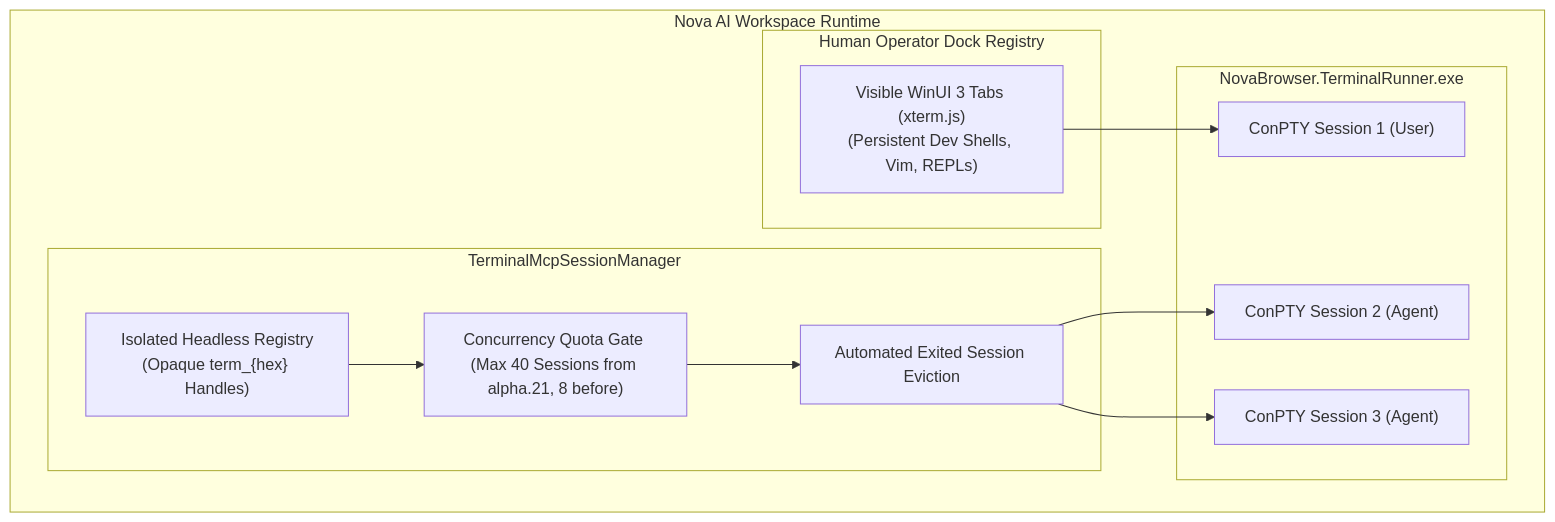
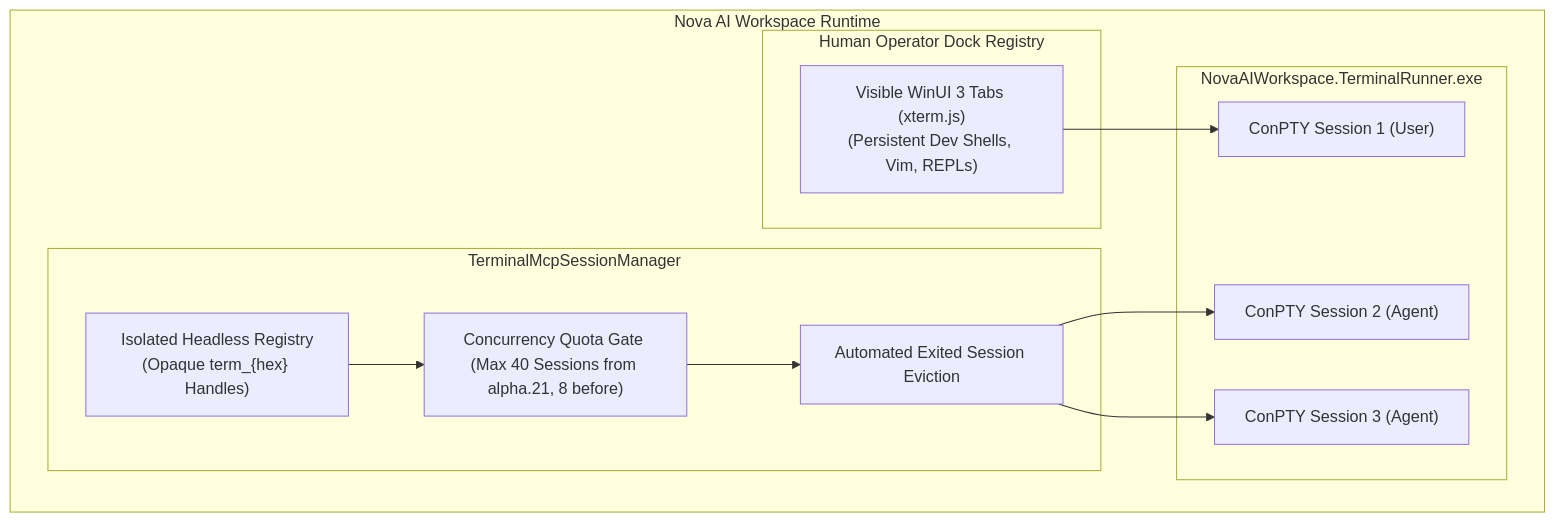
Before and after one commit to joelaniol/nova: the first of 2 diagrams in docs/core-features/terminal-workspaces/agent-sessions-and-security/registry-isolation-and-concurrency/README.md, drawn with Mermaid. The commit also changed 58 other files, not shown here.

Commit message:
docs: run_rows tools, fastlane memory tools, NovaAIWorkspace helper names

````diff
--- a/docs/core-features/terminal-workspaces/agent-sessions-and-security/registry-isolation-and-concurrency/README.md
+++ b/docs/core-features/terminal-workspaces/agent-sessions-and-security/registry-isolation-and-concurrency/README.md
@@ -7,24 +7,24 @@
 ```mermaid
 flowchart TD
     subgraph Host["Nova AI Workspace Runtime"]
         subgraph HumanDock["Human Operator Dock Registry"]
             DockTabs["Visible WinUI 3 Tabs (xterm.js)\n(Persistent Dev Shells, Vim, REPLs)"]
         end
 
         subgraph InMemManager["TerminalMcpSessionManager"]
             AgentRegistry["Isolated Headless Registry\n(Opaque term_{hex} Handles)"]
             QuotaEngine["Concurrency Quota Gate (Max 40 Sessions from alpha.21, 8 before)"]
             EvictionEngine["Automated Exited Session Eviction"]
         end
 
-        subgraph RunnerHost["NovaBrowser.TerminalRunner.exe"]
+        subgraph RunnerHost["NovaAIWorkspace.TerminalRunner.exe"]
             ConPTY1["ConPTY Session 1 (User)"]
             ConPTY2["ConPTY Session 2 (Agent)"]
             ConPTY3["ConPTY Session 3 (Agent)"]
         end
     end
 
     DockTabs --> ConPTY1
     AgentRegistry --> QuotaEngine --> EvictionEngine
     EvictionEngine --> ConPTY2 & ConPTY3
 ```
````
